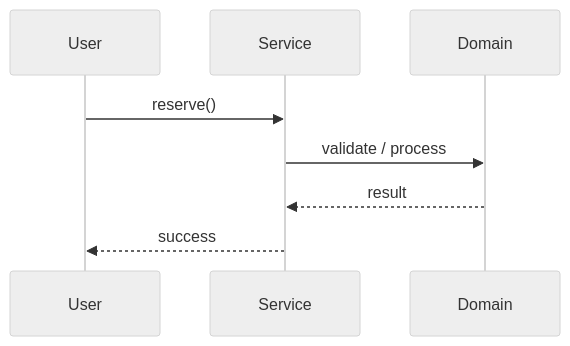
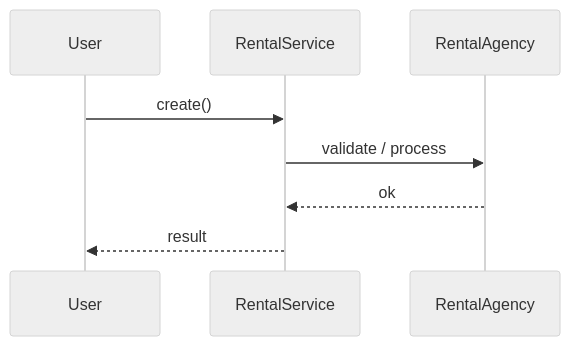
One commit to madhupaila/Interview-Prep-SSE changed the second of 3 diagrams in Learn/System Design - Low Level Design/02-classic-ood/questions/Q20-car-rental.md. Above: the diagram before and after it, drawn with Mermaid (neutral theme). The commit also changed other lines of this file and 491 other files, not shown here.

````diff
--- a/Learn/System Design - Low Level Design/02-classic-ood/questions/Q20-car-rental.md
+++ b/Learn/System Design - Low Level Design/02-classic-ood/questions/Q20-car-rental.md
@@ -122,10 +146,10 @@
 ```mermaid
 sequenceDiagram
-    participant U as User
-    participant S as Service
-    participant D as Domain
-    U->>S: reserve()
-    S->>D: validate / process
-    D-->>S: result
-    S-->>U: success
+participant U as User
+participant S as RentalService
+participant D as RentalAgency
+U->>S: create()
+S->>D: validate / process
+D-->>S: ok
+S-->>U: result
 ```
````
